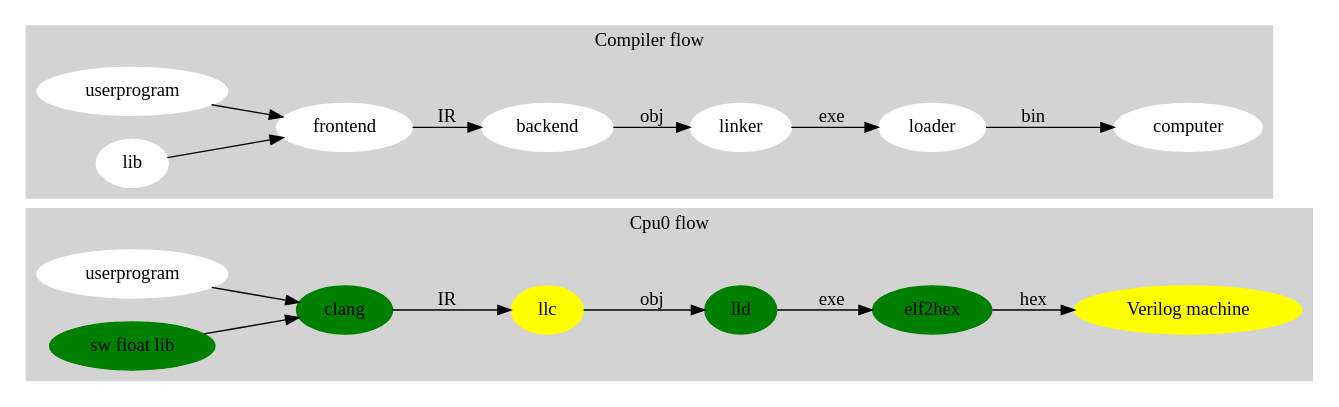
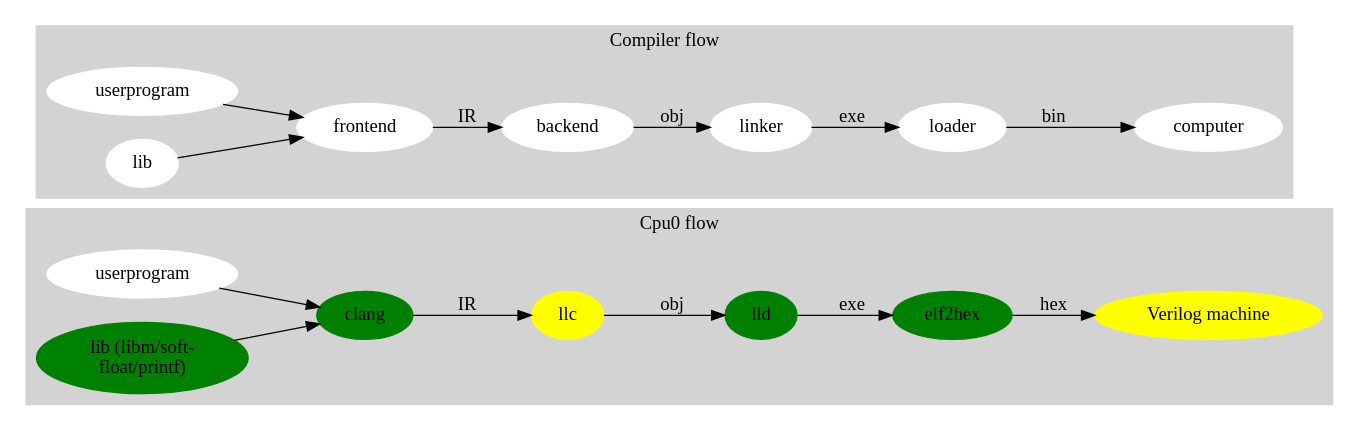
Before and after one commit to Jonathan2251/ws: the diagram in images/mywork_1.gv, drawn with Graphviz. The commit also changed 3 other files, not shown here.

Commit message:
words in graph

```diff
--- a/images/mywork_1.gv
+++ b/images/mywork_1.gv
@@ -1,33 +1,33 @@
 digraph G {
 
   rankdir=LR;
   subgraph cluster_1 {
     style=filled;
     color=lightgrey;
     label = "Cpu0 flow";
     node [style=filled,color=white]; usercode [label = "userprogram"];
-    node [style=filled,color=green]; sflib [label = "sw float lib"];
+    node [style=filled,color=green]; sflib [label = "lib (libm/soft-\nfloat/printf)"];
     node [style=filled,color=green]; clang;
     node [style=filled,color=yellow]; llc, "Verilog machine";
     node [style=filled,color=green]; lld, elf2hex;
     usercode -> clang;
     sflib -> clang;
     clang -> llc [ label = "IR" ];
     llc -> lld [ label = "obj" ];
     lld -> elf2hex [ label = "exe" ];
     elf2hex -> "Verilog machine" [ label = "hex" ];
   }
   subgraph cluster_0 {
     style=filled;
     label = "Compiler flow";
     node [style=filled,color=white]; userprogram, lib, frontend, backend, linker, loader, computer; 
       userprogram -> frontend;
       lib -> frontend;
       frontend -> backend [ label = "IR" ];
       backend -> linker [ label = "obj" ];
       linker -> loader [ label = "exe" ];
       loader -> computer [ label = "bin" ];
       color=lightgrey
   }
 
 }
```
